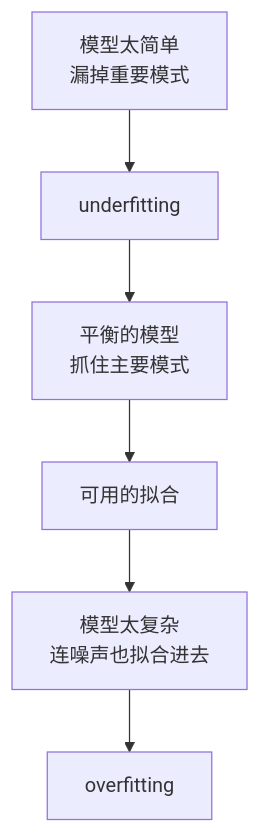
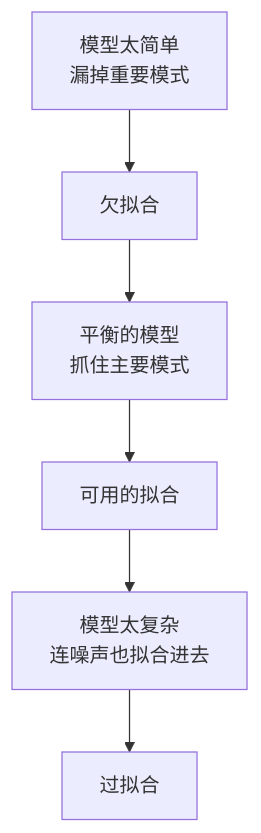
One commit to devchan64/AiBook changed the diagram in docs/assets/part-04/chapter-05/p4-5-1-mermaid-02-zh.mmd. Above: the diagram before and after it, drawn with Mermaid. The commit also changed 87 other files, not shown here.

Commit message:
Refine Part 4 Korean and Chinese diagram localization

```diff
--- a/docs/assets/part-04/chapter-05/p4-5-1-mermaid-02-zh.mmd
+++ b/docs/assets/part-04/chapter-05/p4-5-1-mermaid-02-zh.mmd
@@ -1,13 +1,13 @@
 flowchart TB
   A["模型太简单<br/>漏掉重要模式"]
-  A1["underfitting"]
+  A1["欠拟合"]
   B["平衡的模型<br/>抓住主要模式"]
   B1["可用的拟合"]
   C["模型太复杂<br/>连噪声也拟合进去"]
-  C1["overfitting"]
+  C1["过拟合"]
 
   A --> A1
   A1 --> B
   B --> B1
   B1 --> C
   C --> C1
```
